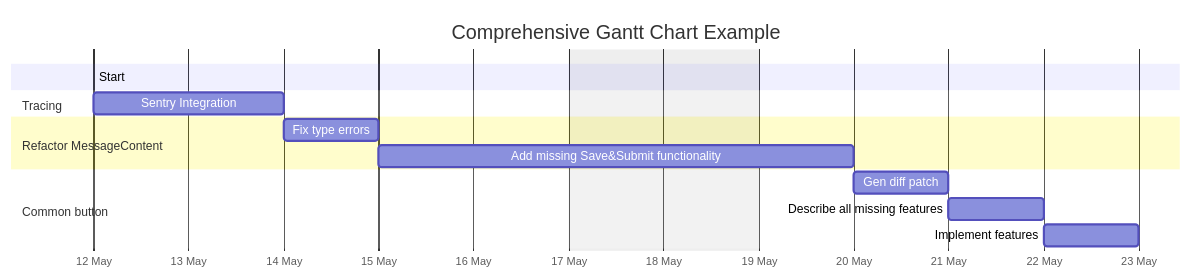
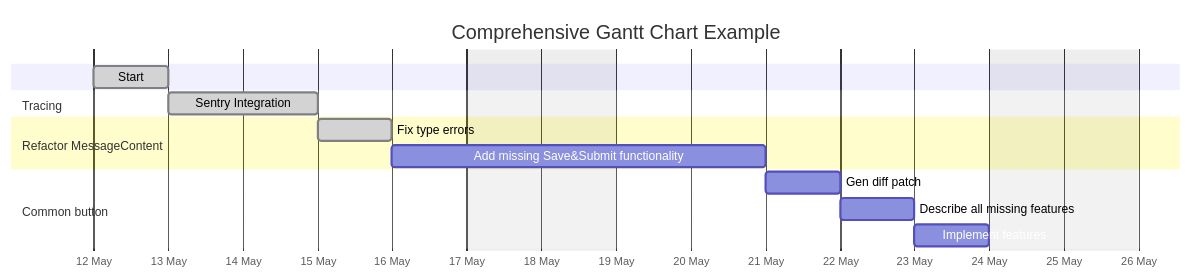
One commit to m1981/mychat changed the diagram in plan.md. Above: the diagram before and after it, drawn with Mermaid. The commit also changed 2 other files, not shown here.

Commit message:
Test fixes (#5)
* Dev In progress

* Memory limit removed from docker
Max mem for node changed to 2GB

* Vite configs unified

* ts configs unified

* vercel file removed

* ignore improved

* Gantt initial plan added

* useKeyboardShortcuts.test.tsx passing

* test and types fixing 1

* missing interface added
test and types fixing 2

* test and types fixing 3

* test and types fixing 4

* test and types fixing 5

* test and types fixing 6

* test and types fixing 7

* test and types fixed

* test fixes

* test and type fixes

* More debugs to caputre what modules are missing
Validation against .mapignore
minimatch added
CI validation step added

* Validation against .mapignore simplified

* Disable tes for Vercel build
Ci for all branches enabled

* old docs removed

* missing test file added

* Pipeline for branches updated

* Test plan updated

* Test rules added

* Test fixed

````diff
--- a/plan.md
+++ b/plan.md
@@ -7,25 +7,25 @@
 ```mermaid
 gantt
     title Comprehensive Gantt Chart Example
     dateFormat  YYYY-MM-DD
     axisFormat  %d %b
     todayMarker on
     excludes weekends
     tickInterval 1day
 
-    Start                 :active, start, 2025-05-12, 0d
+    Start: done, start, 2025-05-12, 1d
     
     section Tracing
-    Sentry Integration    :sen1, after start, 2d
+    Sentry Integration: done, sen1, after start, 2d
     
     section Refactor MessageContent
-    Fix type errors :ref0, after sen1, 1d    
-    Add missing Save&Submit functionality :ref1, after ref0, 3d
+    Fix type errors: done, ref0, after sen1, 1d    
+    Add missing Save&Submit functionality: ref1, after ref0, 3d
     
     section Common button
-    Gen diff patch  :but1, after ref1, 1d
-    Describe all missing features :but2, after but1, 1d 
-    Implement features :but3, after but2, 1d
+    Gen diff patch: but1, after ref1, 1d
+    Describe all missing features:  but2, after but1, 1d 
+    Implement features: but3, after but2, 1d
     
 
 ```
````
